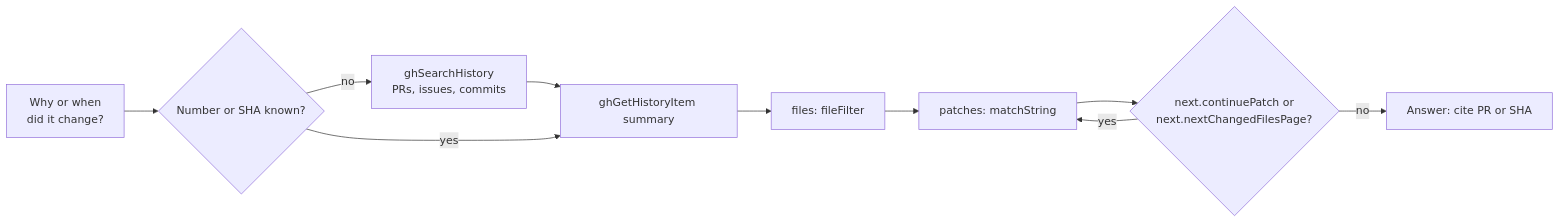
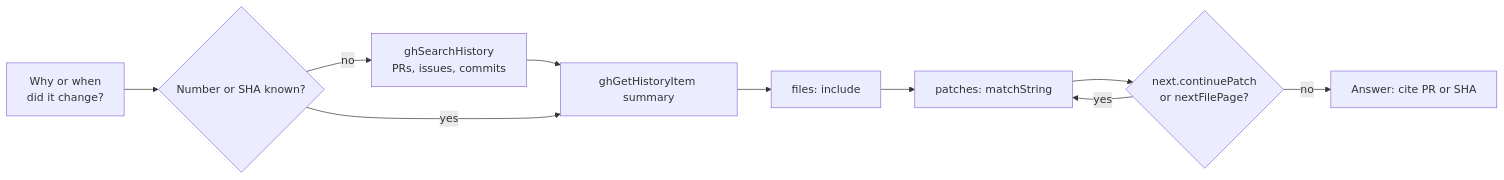
The fourth of 11 diagrams in docs/OCTOCODE_WORKFLOWS.md (bgauryy/octocode), drawn with Mermaid before and after one commit. The commit also changed other lines of this file and 982 other files, not shown here.

````diff
--- a/docs/OCTOCODE_WORKFLOWS.md
+++ b/docs/OCTOCODE_WORKFLOWS.md
@@ -93,12 +160,12 @@
 ```mermaid
 flowchart LR
   Q[Why or when<br/>did it change?] --> K{Number or SHA known?}
   K -- no --> H[ghSearchHistory<br/>PRs, issues, commits]
   H --> I
   K -- yes --> I[ghGetHistoryItem summary]
-  I --> F[files: fileFilter]
+  I --> F[files: include]
   F --> PA[patches: matchString]
-  PA --> N{next.continuePatch or<br/>next.nextChangedFilesPage?}
+  PA --> N{next.continuePatch<br/>or nextFilePage?}
   N -- yes --> PA
   N -- no --> D[Answer: cite PR or SHA]
 ```
````
